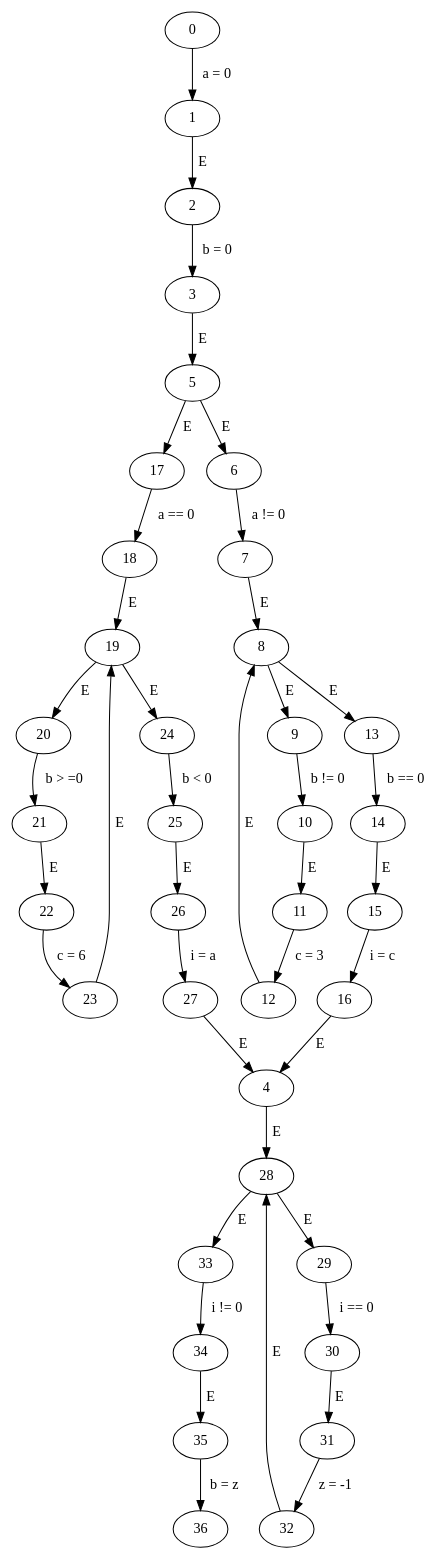
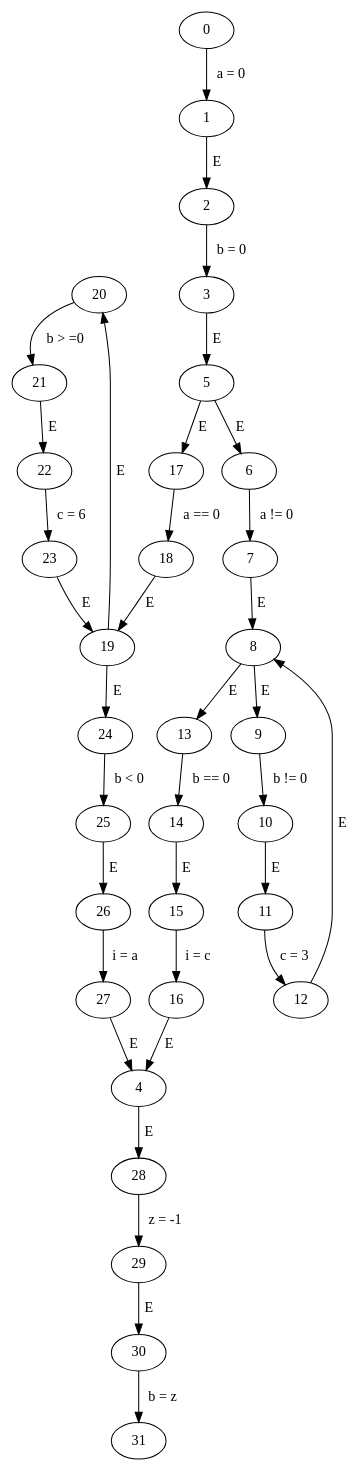
Before and after one commit to Harman309/project6: the diagram in code/cfgs/ambwhile/ambwhile.gv, drawn with Graphviz. The commit also changed 58 other files, not shown here.

```diff
--- a/code/cfgs/ambwhile/ambwhile.gv
+++ b/code/cfgs/ambwhile/ambwhile.gv
@@ -1,43 +1,37 @@
 // ambwhile
 digraph {
+	20 -> 21 [label=" b > =0 "]
+	6 -> 7 [label=" a != 0 "]
+	21 -> 22 [label=" E "]
+	28 -> 29 [label=" z = -1 "]
+	22 -> 23 [label=" c = 6 "]
+	25 -> 26 [label=" E "]
+	23 -> 19 [label=" E "]
+	4 -> 28 [label=" E "]
+	29 -> 30 [label=" E "]
+	3 -> 5 [label=" E "]
+	12 -> 8 [label=" E "]
+	18 -> 19 [label=" E "]
+	7 -> 8 [label=" E "]
 	16 -> 4 [label=" E "]
-	23 -> 19 [label=" E "]
+	5 -> 6 [label=" E "]
+	17 -> 18 [label=" a == 0 "]
+	27 -> 4 [label=" E "]
 	5 -> 17 [label=" E "]
-	8 -> 9 [label=" E "]
-	26 -> 27 [label=" i = a "]
-	6 -> 7 [label=" a != 0 "]
-	7 -> 8 [label=" E "]
+	24 -> 25 [label=" b < 0 "]
 	19 -> 24 [label=" E "]
-	19 -> 20 [label=" E "]
-	3 -> 5 [label=" E "]
-	4 -> 28 [label=" E "]
-	27 -> 4 [label=" E "]
-	35 -> 36 [label=" b = z "]
-	5 -> 6 [label=" E "]
-	8 -> 13 [label=" E "]
-	22 -> 23 [label=" c = 6 "]
+	30 -> 31 [label=" b = z "]
 	15 -> 16 [label=" i = c "]
-	28 -> 33 [label=" E "]
-	24 -> 25 [label=" b < 0 "]
-	28 -> 29 [label=" E "]
+	14 -> 15 [label=" E "]
+	9 -> 10 [label=" b != 0 "]
 	10 -> 11 [label=" E "]
-	14 -> 15 [label=" E "]
-	21 -> 22 [label=" E "]
-	29 -> 30 [label=" i == 0 "]
-	25 -> 26 [label=" E "]
-	20 -> 21 [label=" b > =0 "]
 	11 -> 12 [label=" c = 3 "]
-	17 -> 18 [label=" a == 0 "]
-	34 -> 35 [label=" E "]
 	1 -> 2 [label=" E "]
 	2 -> 3 [label=" b = 0 "]
-	18 -> 19 [label=" E "]
+	26 -> 27 [label=" i = a "]
+	0 -> 1 [label=" a = 0 "]
+	8 -> 9 [label=" E "]
 	13 -> 14 [label=" b == 0 "]
-	30 -> 31 [label=" E "]
-	33 -> 34 [label=" i != 0 "]
-	32 -> 28 [label=" E "]
-	31 -> 32 [label=" z = -1 "]
-	0 -> 1 [label=" a = 0 "]
-	12 -> 8 [label=" E "]
-	9 -> 10 [label=" b != 0 "]
+	8 -> 13 [label=" E "]
+	19 -> 20 [label=" E "]
 }
```
